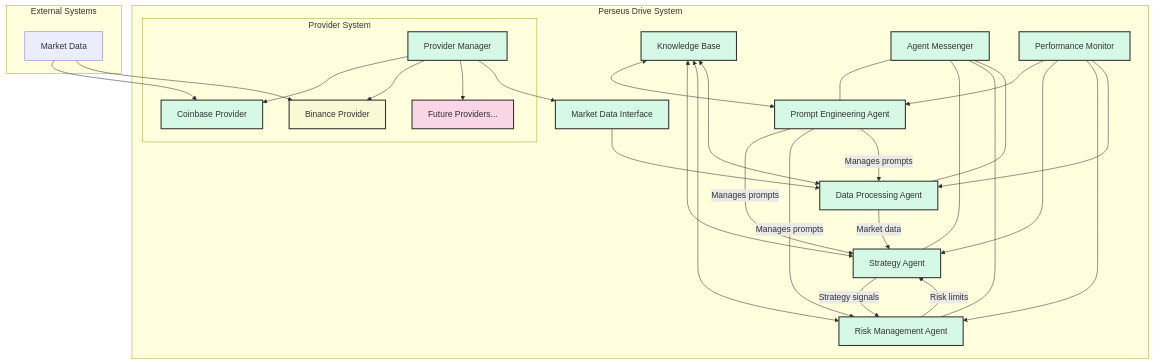
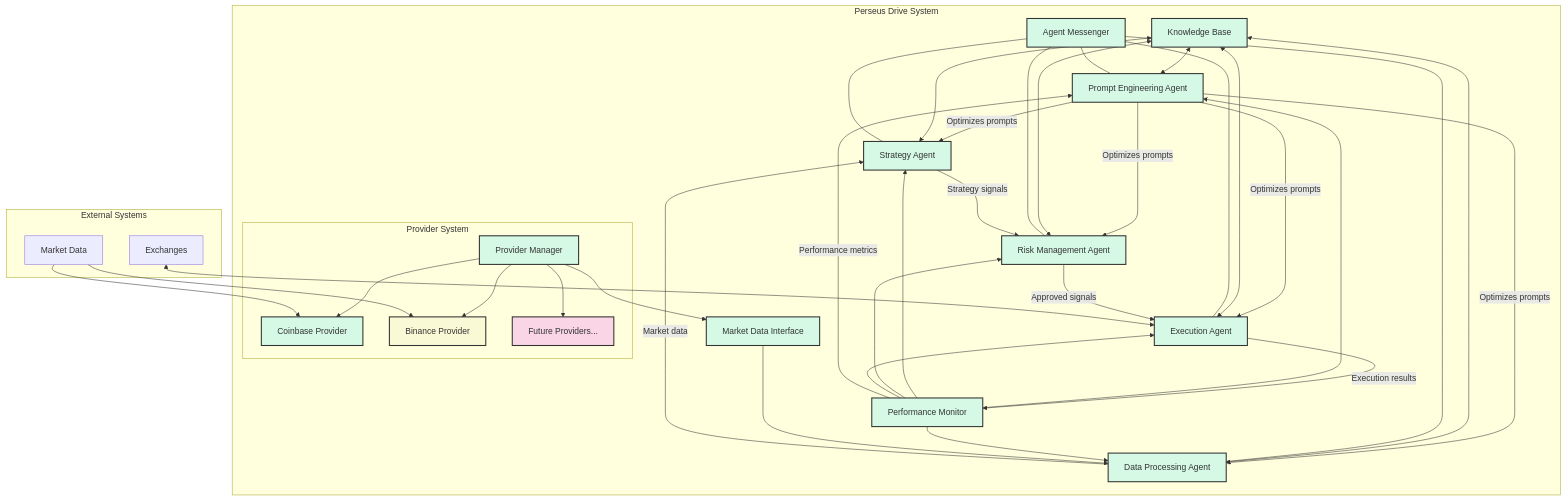
Before and after one commit to inspectorkakui/perseus-drive: the first of 2 diagrams in docs/system-architecture.md, drawn with Mermaid. The commit also changed other lines of this file and 13 other files, not shown here.

````diff
--- a/docs/system-architecture.md
+++ b/docs/system-architecture.md
@@ -118,51 +140,58 @@
 ```mermaid
 flowchart TD
     subgraph "Perseus Drive System"
-        PE[Prompt Engineering Agent] --> |Manages prompts| SA[Strategy Agent]
-        PE --> |Manages prompts| RM[Risk Management Agent]
-        PE --> |Manages prompts| DP[Data Processing Agent]
+        PE[Prompt Engineering Agent] --> |Optimizes prompts| SA[Strategy Agent]
+        PE --> |Optimizes prompts| RM[Risk Management Agent]
+        PE --> |Optimizes prompts| DP[Data Processing Agent]
+        PE --> |Optimizes prompts| EA[Execution Agent]
         
         KB[Knowledge Base] <--> PE
         KB <--> SA
         KB <--> RM
         KB <--> DP
+        KB <--> EA
         
         AM[Agent Messenger] --- PE
         AM --- SA
         AM --- RM
         AM --- DP
+        AM --- EA
         
         PM[Performance Monitor] --> PE
         PM --> SA
         PM --> RM
         PM --> DP
+        PM --> EA
         
         DP --> |Market data| SA
         SA --> |Strategy signals| RM
-        RM --> |Risk limits| SA
+        RM --> |Approved signals| EA
+        EA --> |Execution results| PM
+        PM --> |Performance metrics| PE
         
         MDI[Market Data Interface] --> DP
         
         subgraph "Provider System"
             PM1[Provider Manager] --> BP1[Coinbase Provider]
             PM1 --> BP2[Binance Provider]
             PM1 --> BP3[Future Providers...]
         end
         
         PM1 --> MDI
     end
     
     subgraph "External Systems"
         MD[Market Data] --> BP1
         MD --> BP2
+        
+        EX[Exchanges] <--> EA
     end
     
     classDef implemented fill:#d5f9e5,stroke:#333,stroke-width:2px;
     classDef inProgress fill:#f9f9d5,stroke:#333,stroke-width:2px;
     classDef planned fill:#f9d5e5,stroke:#333,stroke-width:2px;
     
-    class PE,SA,DP,KB,AM,PM,MDI,PM1,BP1 implemented;
-    class RM implemented;
+    class PE,SA,DP,KB,AM,PM,MDI,PM1,BP1,RM,EA implemented;
     class BP2 inProgress;
     class BP3 planned;
 ```
````
